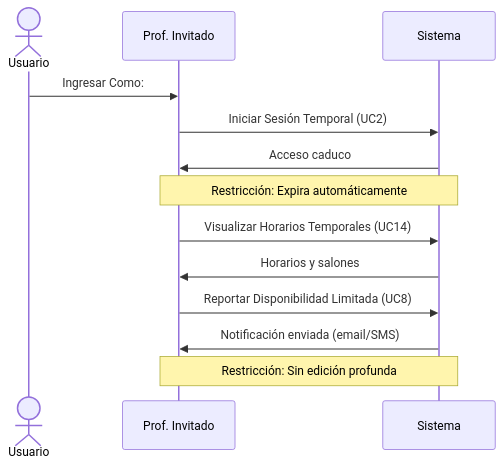
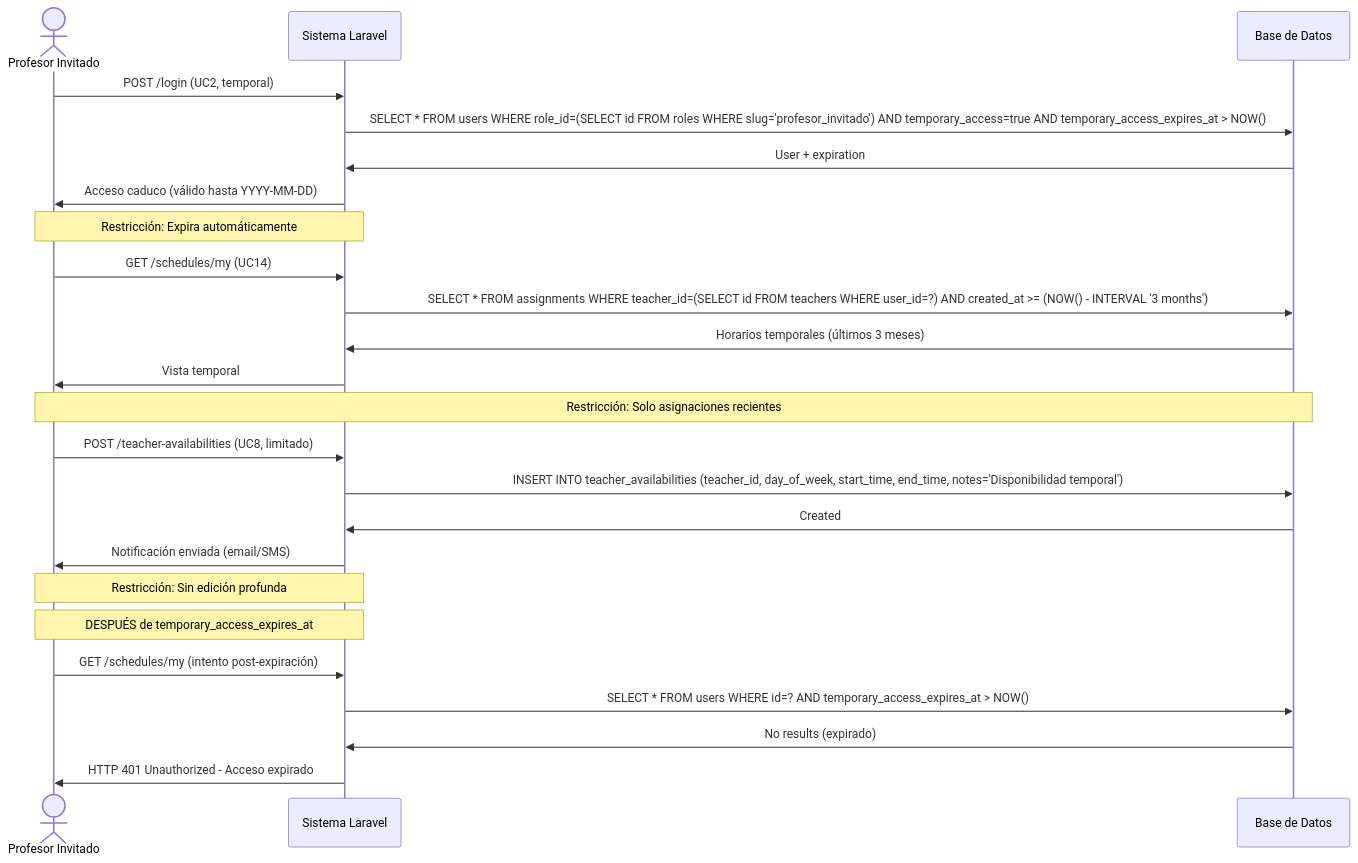
Before and after one commit to LuisCPedraza/sistema-asignacion-salones: the eighth of 8 diagrams in documentation/DiagramaSecuenciaCasosDeUso.md, drawn with Mermaid. The commit also changed other lines of this file and 9 other files, not shown here.

First line of the commit message:
Release v2.0.0: Sistema de Asignación de Salones - Documentación Completa Actualizada (#119)

````diff
--- a/documentation/DiagramaSecuenciaCasosDeUso.md
+++ b/documentation/DiagramaSecuenciaCasosDeUso.md
@@ -207,18 +356,31 @@
 ```mermaid
 sequenceDiagram
-actor Usuario
-Usuario->>PI: Ingresar Como:
-    participant PI as Prof. Invitado
-    participant Sys as Sistema
+    actor ProfInv as Profesor Invitado
+    participant Sys as Sistema Laravel
+    participant DB as Base de Datos
 
-    PI->>Sys: Iniciar Sesión Temporal (UC2)
-    Sys->>PI: Acceso caduco
-    Note over PI,Sys: Restricción: Expira automáticamente
+    ProfInv->>Sys: POST /login (UC2, temporal)
+    Sys->>DB: SELECT * FROM users WHERE role_id=(SELECT id FROM roles WHERE slug='profesor_invitado') AND temporary_access=true AND temporary_access_expires_at > NOW()
+    DB->>Sys: User + expiration
+    Sys->>ProfInv: Acceso caduco (válido hasta YYYY-MM-DD)
+    Note over ProfInv,Sys: Restricción: Expira automáticamente
 
-    PI->>Sys: Visualizar Horarios Temporales (UC14)
-    Sys->>PI: Horarios y salones
+    ProfInv->>Sys: GET /schedules/my (UC14)
+    Sys->>DB: SELECT * FROM assignments WHERE teacher_id=(SELECT id FROM teachers WHERE user_id=?) AND created_at >= (NOW() - INTERVAL '3 months')
+    DB->>Sys: Horarios temporales (últimos 3 meses)
+    Sys->>ProfInv: Vista temporal
+    Note over ProfInv,DB: Restricción: Solo asignaciones recientes
 
-    PI->>Sys: Reportar Disponibilidad Limitada (UC8)
-    Sys->>PI: Notificación enviada (email/SMS)
-    Note over PI,Sys: Restricción: Sin edición profunda
+    ProfInv->>Sys: POST /teacher-availabilities (UC8, limitado)
+    Sys->>DB: INSERT INTO teacher_availabilities (teacher_id, day_of_week, start_time, end_time, notes='Disponibilidad temporal')
+    DB->>Sys: Created
+    Sys->>ProfInv: Notificación enviada (email/SMS)
+    Note over ProfInv,Sys: Restricción: Sin edición profunda
+
+    %% Acceso expirado
+    Note over ProfInv,Sys: DESPUÉS de temporary_access_expires_at
+    ProfInv->>Sys: GET /schedules/my (intento post-expiración)
+    Sys->>DB: SELECT * FROM users WHERE id=? AND temporary_access_expires_at > NOW()
+    DB->>Sys: No results (expirado)
+    Sys->>ProfInv: HTTP 401 Unauthorized - Acceso expirado
 ```
````
